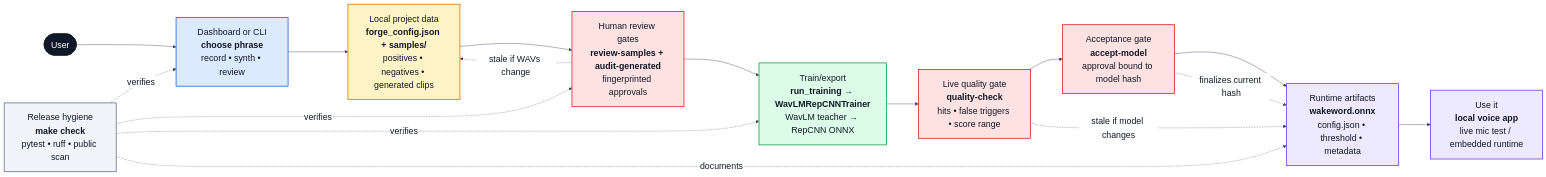
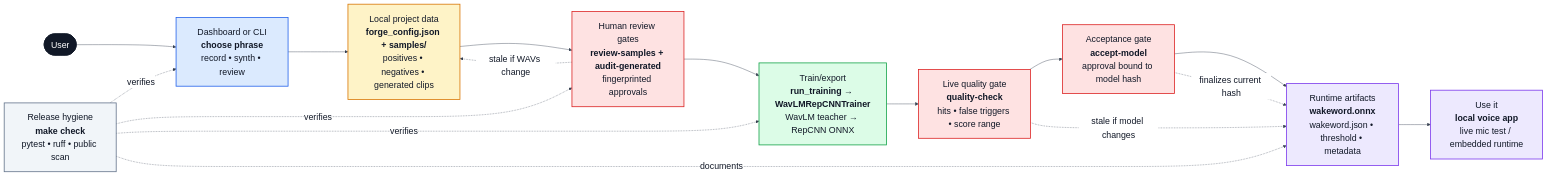
The diagram in docs/architecture.md (H-Ali13381/wakeword-forge), drawn with Mermaid before and after one commit. The commit also changed 10 other files, not shown here.

````diff
--- a/docs/architecture.md
+++ b/docs/architecture.md
@@ -5,40 +5,40 @@
 ```mermaid
 %%{init: {"theme":"base", "flowchart":{"curve":"basis","nodeSpacing":55,"rankSpacing":80,"padding":20,"htmlLabels":true}, "themeVariables":{"background":"#ffffff","primaryColor":"#ffffff","primaryTextColor":"#111827","primaryBorderColor":"#111827","lineColor":"#374151","fontFamily":"Arial, sans-serif","fontSize":"22px","clusterBkg":"#f8fafc","clusterBorder":"#cbd5e1","edgeLabelBackground":"#ffffff"}}}%%
 flowchart LR
     U([User])
 
     UI["Dashboard or CLI<br/><b>choose phrase</b><br/>record • synth • review"]
     DATA["Local project data<br/><b>forge_config.json + samples/</b><br/>positives • negatives • generated clips"]
     REVIEW["Human review gates<br/><b>review-samples + audit-generated</b><br/>fingerprinted approvals"]
     TRAIN["Train/export<br/><b>run_training → WavLMRepCNNTrainer</b><br/>WavLM teacher → RepCNN ONNX"]
     QC["Live quality gate<br/><b>quality-check</b><br/>hits • false triggers • score range"]
     ACCEPT["Acceptance gate<br/><b>accept-model</b><br/>approval bound to model hash"]
-    OUT["Runtime artifacts<br/><b>wakeword.onnx</b><br/>config.json • threshold • metadata"]
+    OUT["Runtime artifacts<br/><b>wakeword.onnx</b><br/>wakeword.json • threshold • metadata"]
     USE["Use it<br/><b>local voice app</b><br/>live mic test / embedded runtime"]
     QA["Release hygiene<br/><b>make check</b><br/>pytest • ruff • public scan"]
 
     U --> UI --> DATA --> REVIEW --> TRAIN --> QC --> ACCEPT --> OUT --> USE
     REVIEW -. stale if WAVs change .-> DATA
     QC -. stale if model changes .-> OUT
     ACCEPT -. finalizes current hash .-> OUT
     QA -. verifies .-> UI
     QA -. verifies .-> REVIEW
     QA -. verifies .-> TRAIN
     QA -. documents .-> OUT
 
     classDef user fill:#111827,stroke:#111827,color:#ffffff,stroke-width:2px
     classDef interface fill:#dbeafe,stroke:#2563eb,color:#111827,stroke-width:2px
     classDef data fill:#fef3c7,stroke:#d97706,color:#111827,stroke-width:2px
     classDef gate fill:#fee2e2,stroke:#dc2626,color:#111827,stroke-width:2px
     classDef train fill:#dcfce7,stroke:#16a34a,color:#111827,stroke-width:2px
     classDef output fill:#ede9fe,stroke:#7c3aed,color:#111827,stroke-width:2px
     classDef verify fill:#f1f5f9,stroke:#64748b,color:#111827,stroke-width:2px
 
     class U user
     class UI interface
     class DATA data
     class REVIEW,QC,ACCEPT gate
     class TRAIN train
     class OUT,USE output
     class QA verify
 ```
````
